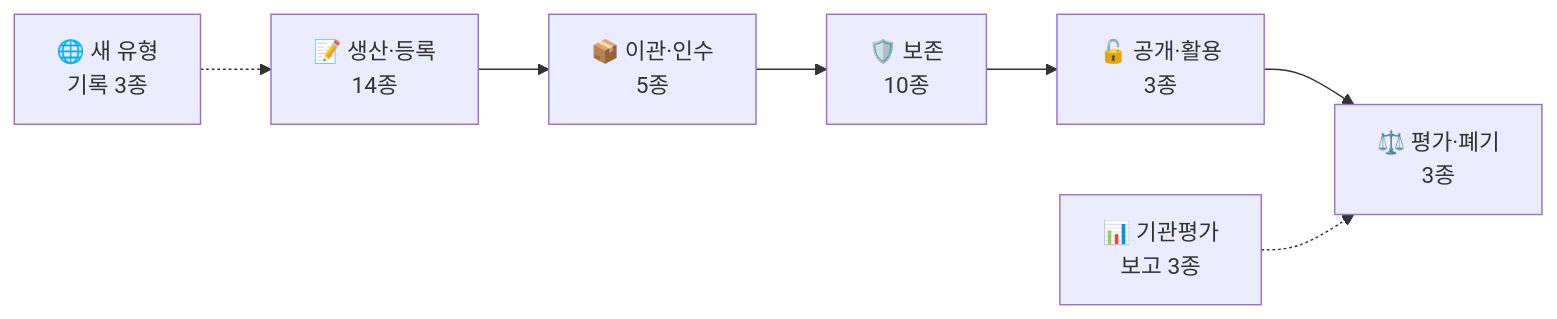
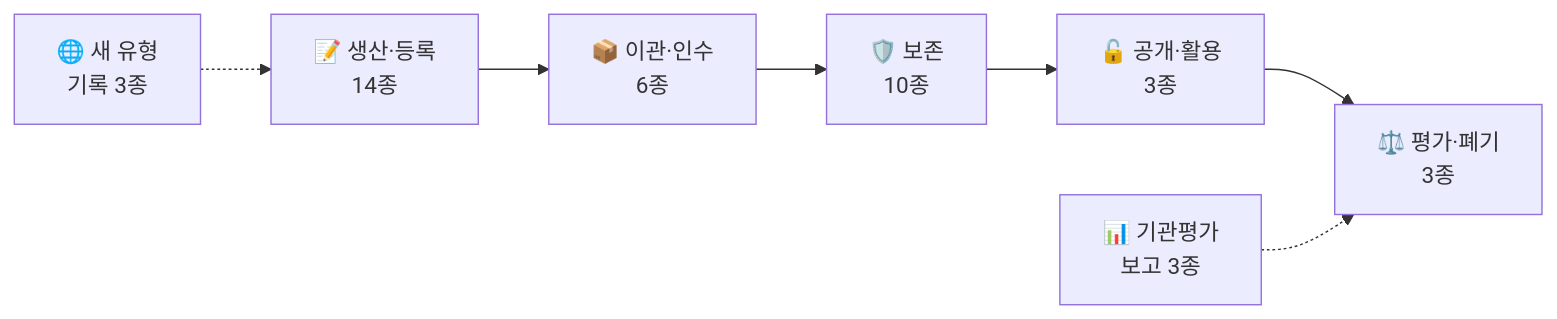
Before and after one commit to changgi/archive-bm-tools: the first of 2 diagrams in README.md, drawn with Mermaid. The commit also changed other lines of this file and 29 other files, not shown here.

````diff
--- a/README.md
+++ b/README.md
@@ -58,9 +83,9 @@
 ```mermaid
 flowchart LR
-    A["📝 생산·등록<br/>14종"] --> B["📦 이관·인수<br/>5종"]
+    A["📝 생산·등록<br/>14종"] --> B["📦 이관·인수<br/>6종"]
     B --> C["🛡️ 보존<br/>10종"]
     C --> D["🔓 공개·활용<br/>3종"]
     D --> E["⚖️ 평가·폐기<br/>3종"]
     N["🌐 새 유형<br/>기록 3종"] -.-> A
     R["📊 기관평가<br/>보고 3종"] -.-> E
 ```
````
